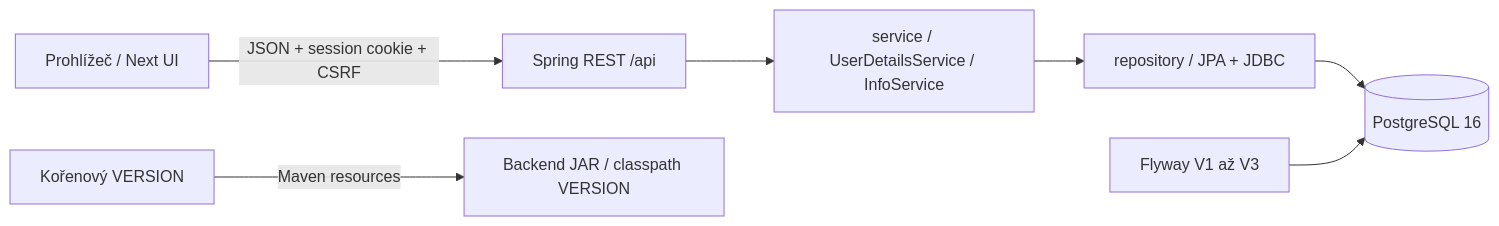
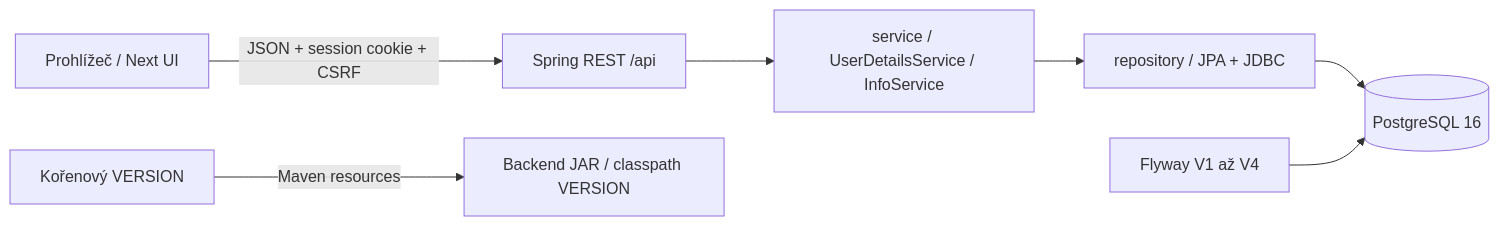
Before and after one commit to Dasky02/sport-club-system: the diagram in docs/architecture.md, drawn with Mermaid. The commit also changed other lines of this file and 73 other files, not shown here.

````diff
--- a/docs/architecture.md
+++ b/docs/architecture.md
@@ -7,9 +7,9 @@
 ```mermaid
 flowchart LR
   Browser[Prohlížeč / Next UI] -->|JSON + session cookie + CSRF| API[Spring REST /api]
   API --> Services[service / UserDetailsService / InfoService]
   Services --> Repositories[repository / JPA + JDBC]
   Repositories --> DB[(PostgreSQL 16)]
-  Flyway[Flyway V1 až V3] --> DB
+  Flyway[Flyway V1 až V4] --> DB
   Version[Kořenový VERSION] -->|Maven resources| JAR[Backend JAR / classpath VERSION]
 ```
````
